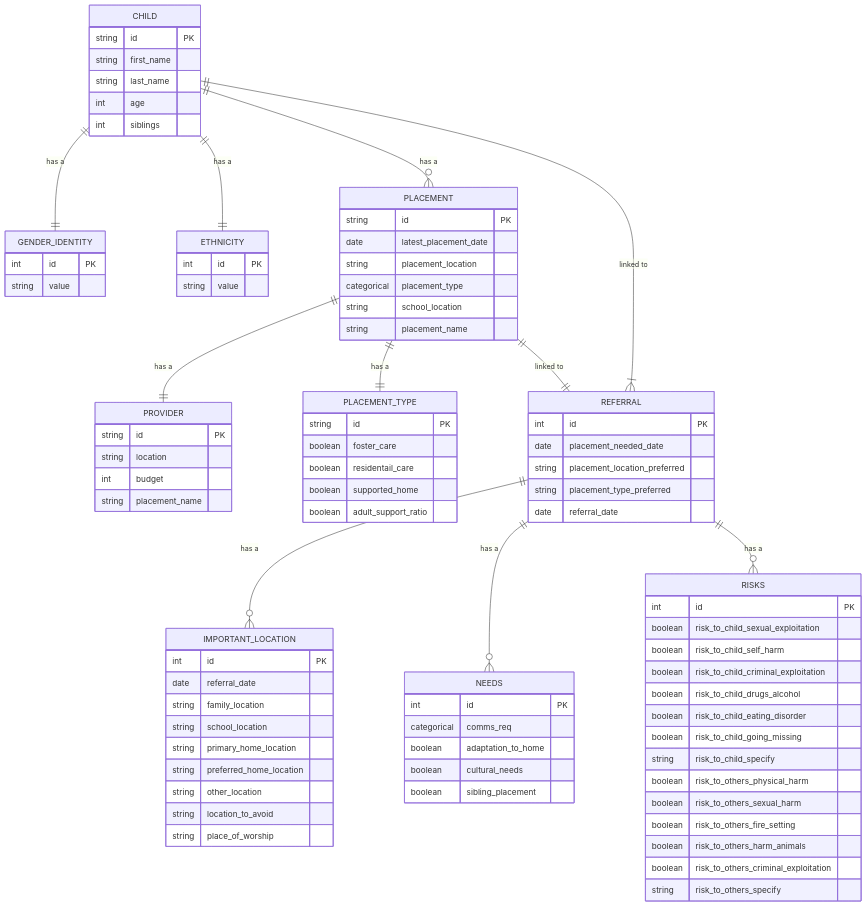
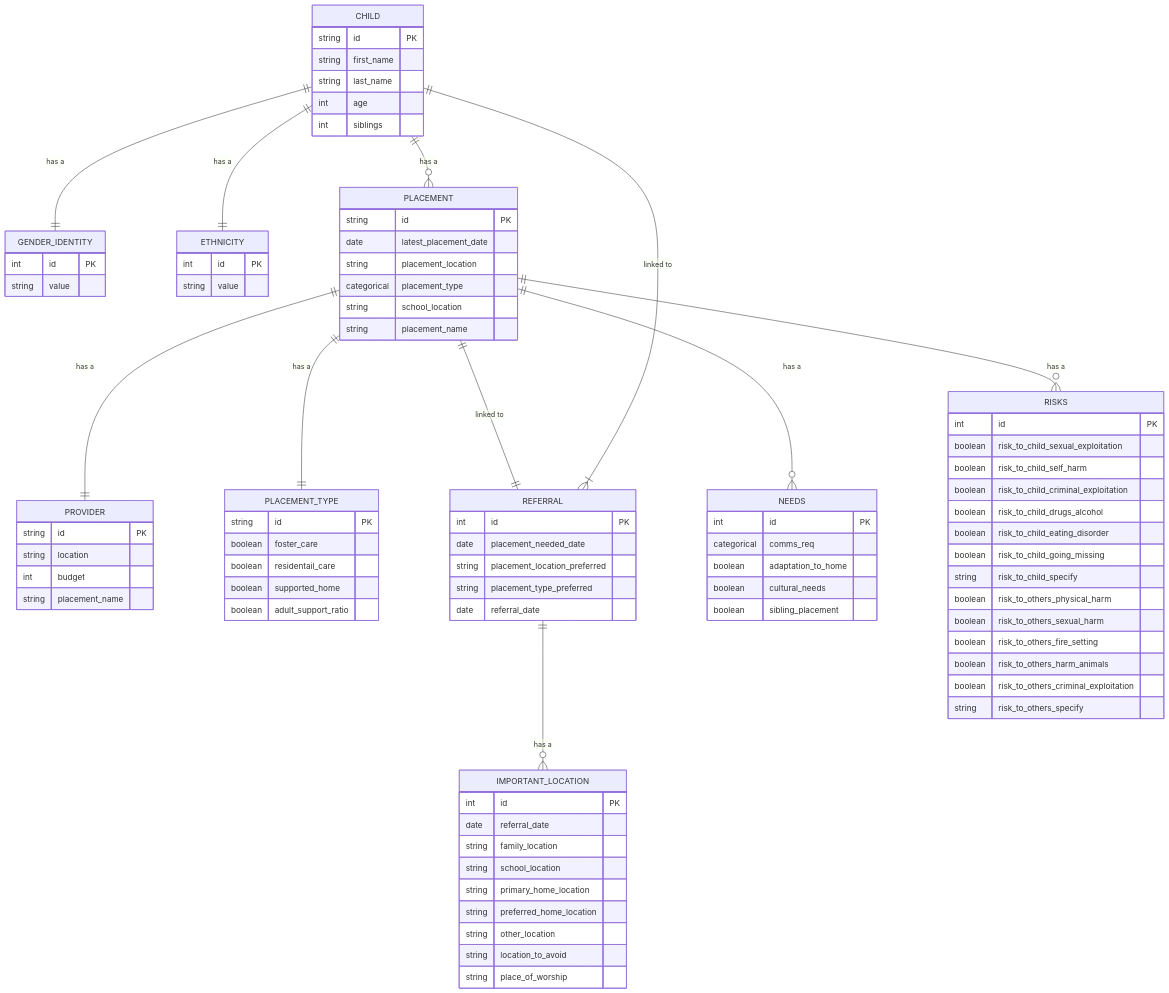
One commit to SocialFinanceDigitalLabs/sw-sufficiency-model changed the diagram in README.md. Above: the diagram before and after it, drawn with Mermaid.

```diff
--- a/README.md
+++ b/README.md
@@ -10,8 +10,8 @@
     PLACEMENT ||--|| REFERRAL : "linked to"
     CHILD ||--|{ REFERRAL : "linked to"
     REFERRAL ||--o{ IMPORTANT_LOCATION : "has a"
-    REFERRAL ||--o{ NEEDS : "has a"
-    REFERRAL ||--o{ RISKS : "has a"
+    PLACEMENT ||--o{ NEEDS : "has a"
+    PLACEMENT ||--o{ RISKS : "has a"
     CHILD {
         string id PK
         string first_name
```
